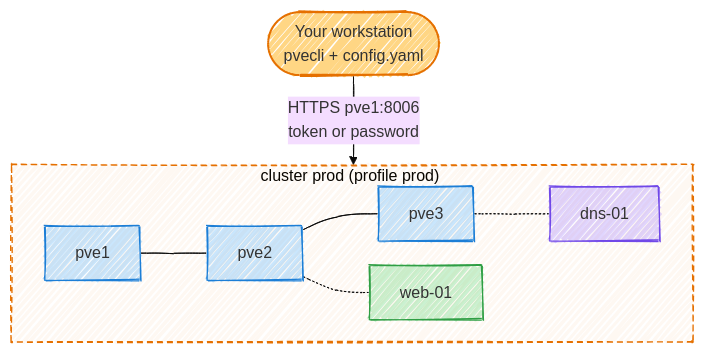
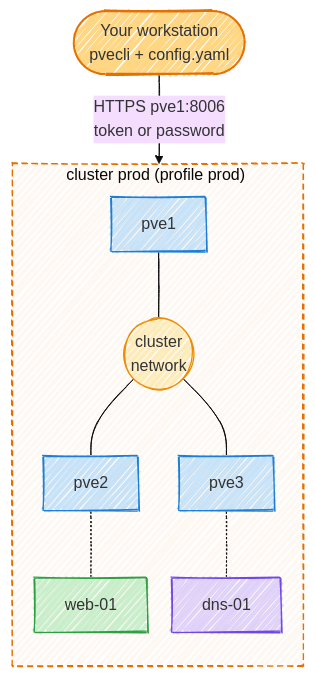
Before and after one commit to Helphyy/pvecli: the diagram in docs/start/index.md, drawn with Mermaid (base theme). The commit also changed 4 other files, not shown here.

````diff
--- a/docs/start/index.md
+++ b/docs/start/index.md
@@ -15,26 +15,29 @@
 ```mermaid
 ---
 config:
   look: handDrawn
   flowchart:
     curve: basis
     nodeSpacing: 22
     rankSpacing: 40
 ---
 flowchart TB
   you(["Your workstation<br/>pvecli + config.yaml"]):::pv
-  you -- "HTTPS pve1:8006<br/>token or password" --> prod
+  you -- "HTTPS pve1:8006<br/>token or password" --> p1
   subgraph prod ["cluster prod (profile prod)#nbsp;"]
-    direction LR
-    p1["pve1"]:::host --- p2["pve2"]:::host --- p3["pve3"]:::host
+    direction TB
+    p1["pve1"]:::host --- lan(("cluster<br/>network")):::net
+    lan --- p2["pve2"]:::host
+    lan --- p3["pve3"]:::host
     p2 -.- vm1["web-01"]:::vm
     p3 -.- ct1["dns-01"]:::ct
   end
 
   classDef pv fill:#ffae0b80,stroke:#e57000,stroke-width:2px
   classDef host fill:#4dabf74d,stroke:#1c7ed6
   classDef vm fill:#51cf664d,stroke:#2f9e44
   classDef ct fill:#9775fa4d,stroke:#7048e8
+  classDef net fill:#fcc41940,stroke:#f08c00
   classDef zone fill:#e570000d,stroke:#e57000,stroke-dasharray:6 4
   class prod zone
 ```
````
